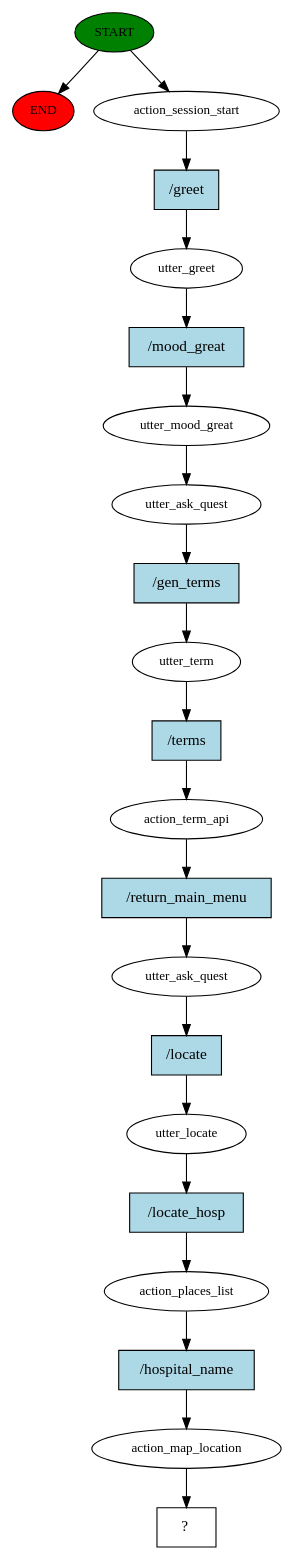
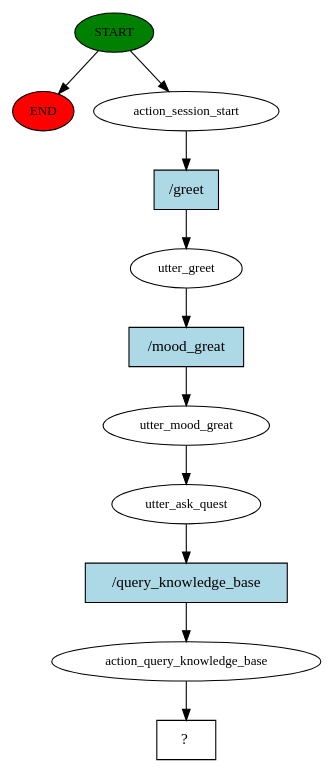
One commit to mebaidoo/Medical-Chatbot-Capstone changed the diagram in story_graph.dot. Above: the diagram before and after it, drawn with Graphviz. The commit also changed 429 other files, not shown here.

```diff
--- a/story_graph.dot
+++ b/story_graph.dot
@@ -1,43 +1,23 @@
 digraph  {
 0 [class="start active", fillcolor=green, fontsize=12, label=START, style=filled];
 "-1" [class=end, fillcolor=red, fontsize=12, label=END, style=filled];
 1 [class=active, fontsize=12, label=action_session_start];
 2 [class=active, fontsize=12, label=utter_greet];
 3 [class=active, fontsize=12, label=utter_mood_great];
 4 [class=active, fontsize=12, label=utter_ask_quest];
-5 [class=active, fontsize=12, label=utter_term];
-6 [class=active, fontsize=12, label=action_term_api];
-7 [class=active, fontsize=12, label=utter_ask_quest];
-8 [class=active, fontsize=12, label=utter_locate];
-9 [class=active, fontsize=12, label=action_places_list];
-10 [class=active, fontsize=12, label=action_map_location];
-11 [class="intent dashed active", label="  ?  ", shape=rect];
-12 [class="intent active", fillcolor=lightblue, label="/greet", shape=rect, style=filled];
-13 [class="intent active", fillcolor=lightblue, label="/mood_great", shape=rect, style=filled];
-14 [class="intent active", fillcolor=lightblue, label="/gen_terms", shape=rect, style=filled];
-15 [class="intent active", fillcolor=lightblue, label="/terms", shape=rect, style=filled];
-16 [class="intent active", fillcolor=lightblue, label="/return_main_menu", shape=rect, style=filled];
-17 [class="intent active", fillcolor=lightblue, label="/locate", shape=rect, style=filled];
-18 [class="intent active", fillcolor=lightblue, label="/locate_hosp", shape=rect, style=filled];
-19 [class="intent active", fillcolor=lightblue, label="/hospital_name", shape=rect, style=filled];
+5 [class=active, fontsize=12, label=action_query_knowledge_base];
+6 [class="intent dashed active", label="  ?  ", shape=rect];
+7 [class="intent active", fillcolor=lightblue, label="/greet", shape=rect, style=filled];
+8 [class="intent active", fillcolor=lightblue, label="/mood_great", shape=rect, style=filled];
+9 [class="intent active", fillcolor=lightblue, label="/query_knowledge_base", shape=rect, style=filled];
 0 -> "-1"  [class="", key=NONE, label=""];
 0 -> 1  [class=active, key=NONE, label=""];
-1 -> 12  [class=active, key=0];
-2 -> 13  [class=active, key=0];
+1 -> 7  [class=active, key=0];
+2 -> 8  [class=active, key=0];
 3 -> 4  [class=active, key=NONE, label=""];
-4 -> 14  [class=active, key=0];
-5 -> 15  [class=active, key=0];
-6 -> 16  [class=active, key=0];
-7 -> 17  [class=active, key=0];
-8 -> 18  [class=active, key=0];
-9 -> 19  [class=active, key=0];
-10 -> 11  [class=active, key=NONE, label=""];
-12 -> 2  [class=active, key=0];
-13 -> 3  [class=active, key=0];
-14 -> 5  [class=active, key=0];
-15 -> 6  [class=active, key=0];
-16 -> 7  [class=active, key=0];
-17 -> 8  [class=active, key=0];
-18 -> 9  [class=active, key=0];
-19 -> 10  [class=active, key=0];
+4 -> 9  [class=active, key=0];
+5 -> 6  [class=active, key=NONE, label=""];
+7 -> 2  [class=active, key=0];
+8 -> 3  [class=active, key=0];
+9 -> 5  [class=active, key=0];
 }
```
